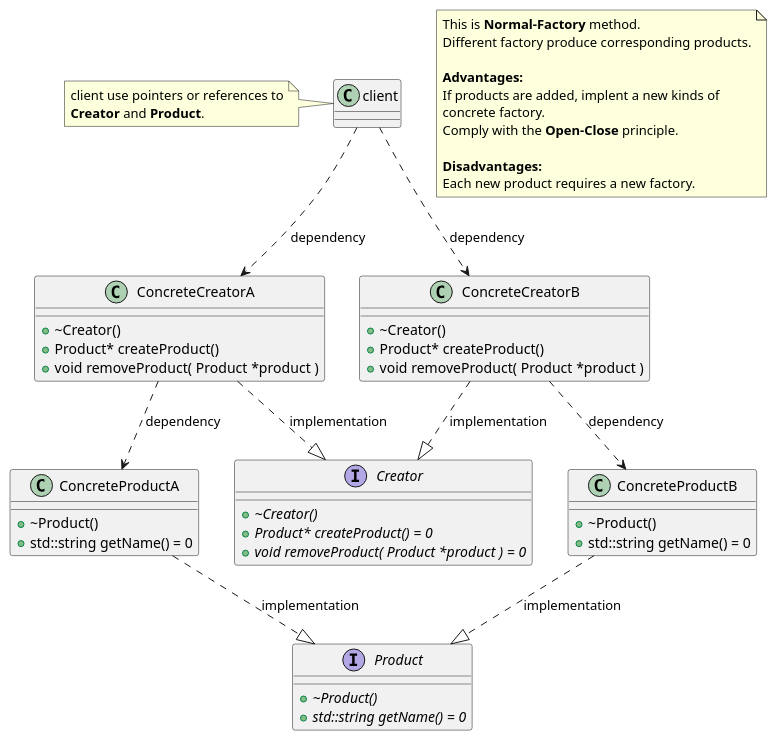
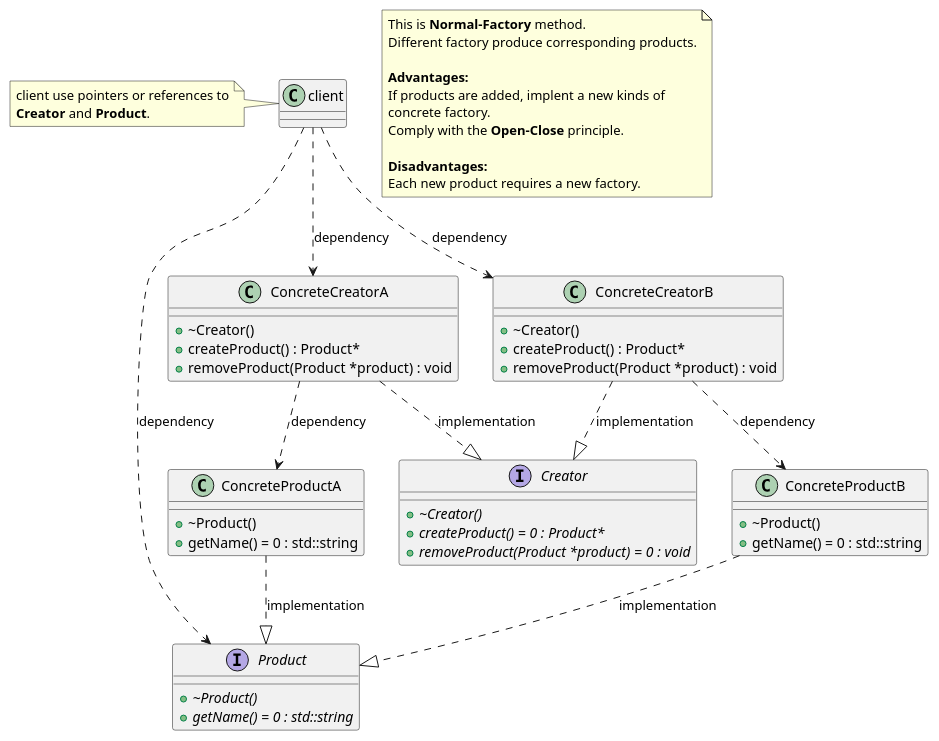
One commit to flyingman1991/design-patterns-cpp changed the diagram in factory-method/FactoryPattern_normal.puml. Above: the diagram before and after it, drawn with PlantUML. The commit also changed 5 other files, not shown here.

```diff
--- a/factory-method/FactoryPattern_normal.puml
+++ b/factory-method/FactoryPattern_normal.puml
@@ -1,63 +1,64 @@
 @startuml FactoryPattern_Normal
 
 interface Product {
     + {abstract} ~Product()
-    + {abstract} std::string getName() = 0
+    + {abstract} getName() = 0 : std::string
 }
 
 class ConcreteProductA {
     + ~Product()
-    + std::string getName() = 0
+    + getName() = 0 : std::string
 }
 
 class ConcreteProductB {
     + ~Product()
-    + std::string getName() = 0
+    + getName() = 0 : std::string
 }
 
 interface Creator {
     + {abstract} ~Creator()
-    + {abstract} Product* createProduct() = 0
-    + {abstract} void removeProduct( Product *product ) = 0
+    + {abstract} createProduct() = 0 : Product*
+    + {abstract} removeProduct(Product *product) = 0 : void
 }
 
 class ConcreteCreatorA {
     + ~Creator()
-    + Product* createProduct()
-    + void removeProduct( Product *product )
+    + createProduct() : Product*
+    + removeProduct(Product *product) : void
 }
 
 class ConcreteCreatorB {
     + ~Creator()
-    + Product* createProduct()
-    + void removeProduct( Product *product )
+    + createProduct() : Product*
+    + removeProduct(Product *product) : void
 }
 
 ConcreteProductA ..|> Product : implementation
 ConcreteProductB ..|> Product : implementation
 ConcreteCreatorA ..|> Creator : implementation
 ConcreteCreatorB ..|> Creator : implementation
 ConcreteCreatorA ..> ConcreteProductA : dependency
 ConcreteCreatorB ..> ConcreteProductB : dependency
 client ..> ConcreteCreatorA : dependency
 client ..> ConcreteCreatorB : dependency
+client ..> Product : dependency
 
 note as N1
     This is <b>Normal-Factory</b> method.
     Different factory produce corresponding products.
 
     <b>Advantages:</b>
     If products are added, implent a new kinds of
     concrete factory.
     Comply with the <b>Open-Close</b> principle.
 
     <b>Disadvantages:</b>
     Each new product requires a new factory.
 end note
 
 note left of client
     client use pointers or references to
     <b>Creator</b> and <b>Product</b>.
 end note
 
 @enduml
```
